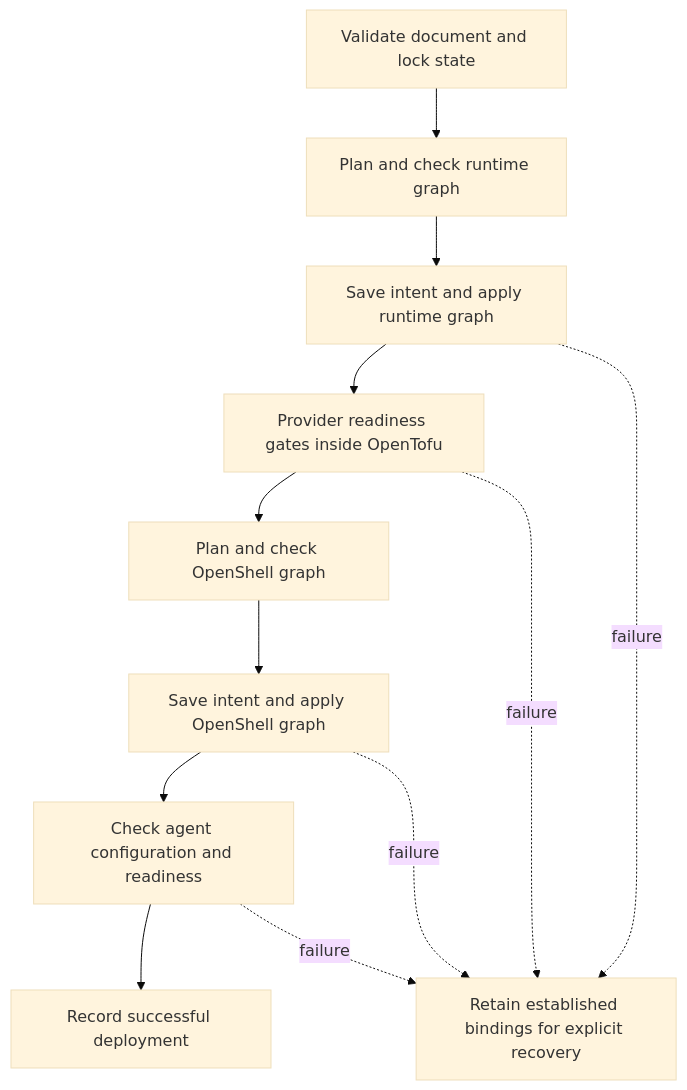
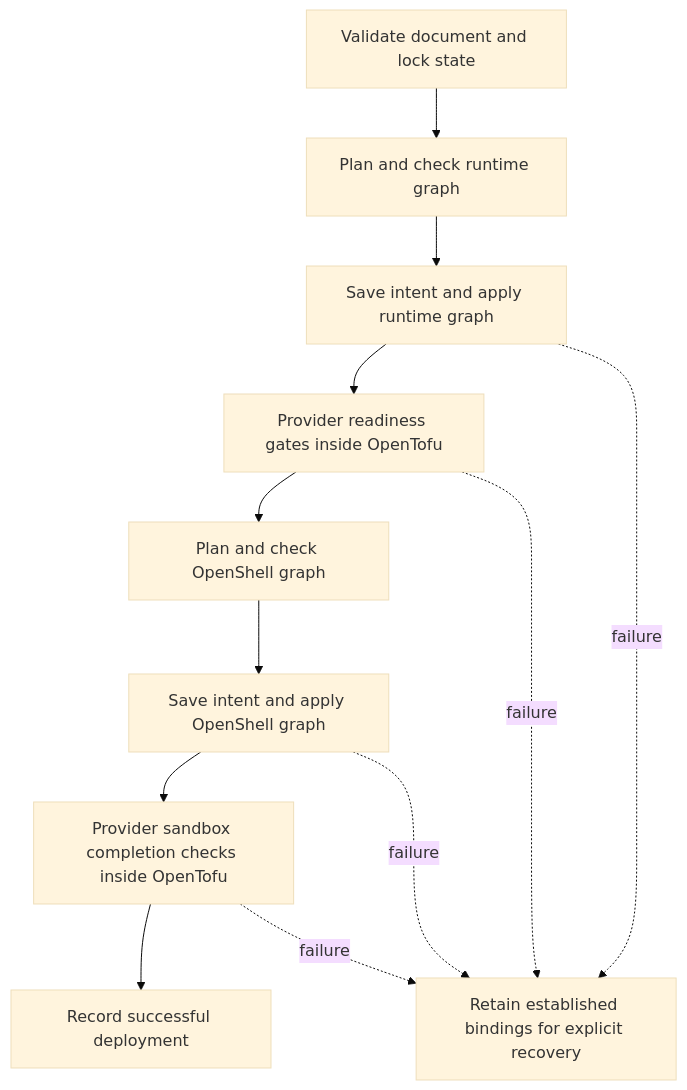
The second of 2 diagrams in docs/design/architecture.md (NVIDIA/NemoClaw), drawn with Mermaid (base theme) before and after one commit. The commit also changed other lines of this file and 3 other files, not shown here.

First line of the commit message:
docs: describe provider completion and refresh-based export

````diff
--- a/docs/design/architecture.md
+++ b/docs/design/architecture.md
@@ -103,14 +103,14 @@
 ```mermaid
 flowchart TD
     Input[Validate document and lock state] --> Runtime[Plan and check runtime graph]
     Runtime --> SaveRuntime[Save intent and apply runtime graph]
     SaveRuntime --> Wait[Provider readiness gates inside OpenTofu]
     Wait --> Shell[Plan and check OpenShell graph]
     Shell --> SaveShell[Save intent and apply OpenShell graph]
-    SaveShell --> Probe[Check agent configuration and readiness]
+    SaveShell --> Probe[Provider sandbox completion checks inside OpenTofu]
     Probe --> Done[Record successful deployment]
     SaveRuntime -. failure .-> Keep[Retain established bindings for explicit recovery]
     Wait -. failure .-> Keep
     SaveShell -. failure .-> Keep
     Probe -. failure .-> Keep
 ```
````
